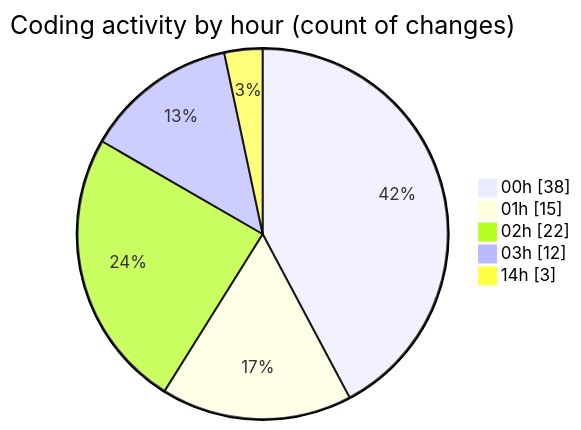
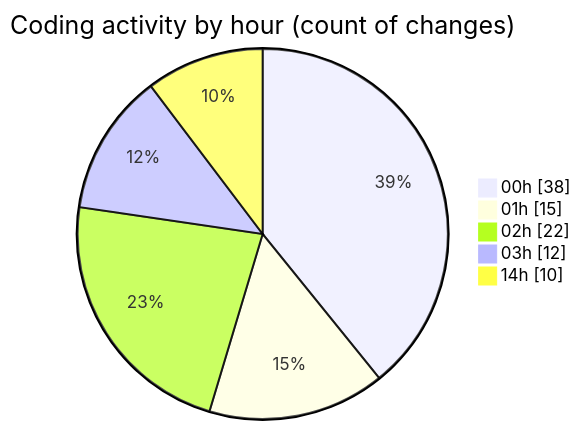
One commit to donsfak/code-tracking changed the second of 2 diagrams in 2025-03-08/uber_clone/README.md. Above: the diagram before and after it, drawn with Mermaid. The commit also changed other lines of this file and 1 other file, not shown here.

````diff
--- a/2025-03-08/uber_clone/README.md
+++ b/2025-03-08/uber_clone/README.md
@@ -34,9 +34,9 @@
 ```mermaid
 pie showData
 title Coding activity by hour (count of changes)
 "00h" : 38
 "01h" : 15
 "02h" : 22
 "03h" : 12
-"14h" : 3
+"14h" : 10
 ```
````
